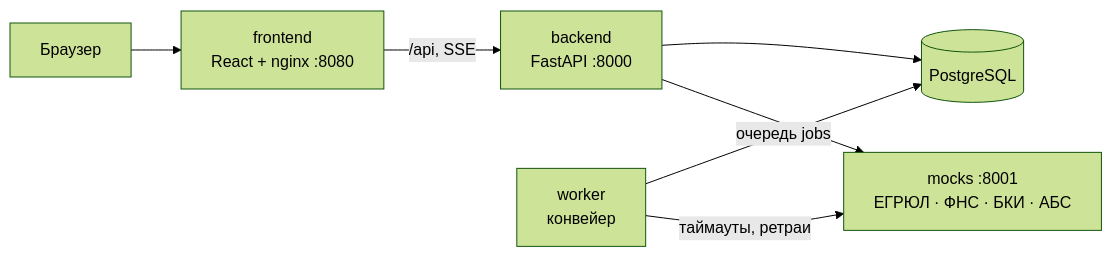
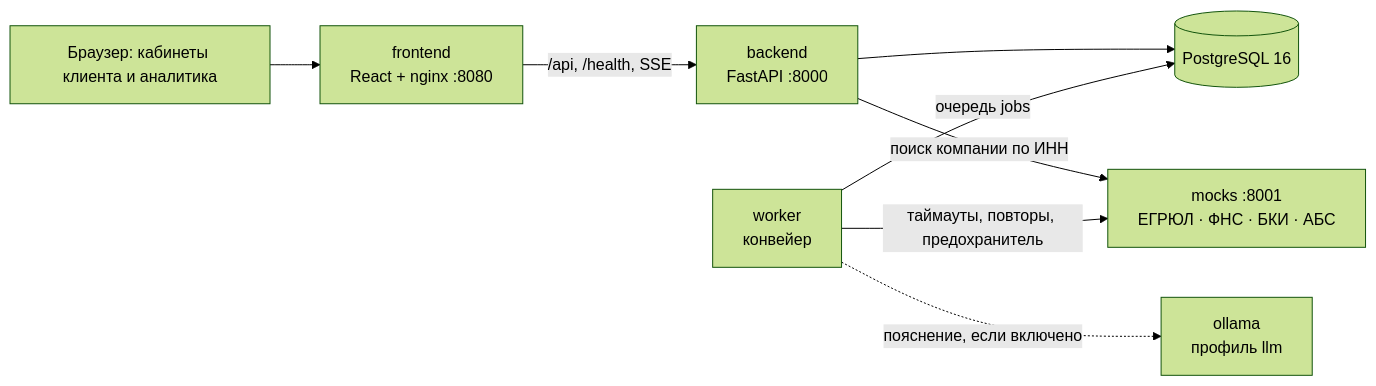
Before and after one commit to MrFerrumL/alpha-smart-credit-cabinet: the first of 3 diagrams in README.md, drawn with Mermaid (forest theme). The commit also changed other lines of this file and 1 other file, not shown here.

Commit message:
docs: full README with deploy, architecture and data

````diff
--- a/README.md
+++ b/README.md
@@ -127,9 +383,10 @@
 ```mermaid
 flowchart LR
-    U["Браузер"] --> FE["frontend<br/>React + nginx :8080"]
-    FE -- "/api, SSE" --> BE["backend<br/>FastAPI :8000"]
-    BE --> DB[("PostgreSQL")]
+    U["Браузер: кабинеты клиента и аналитика"] --> FE["frontend<br/>React + nginx :8080"]
+    FE -- "/api, /health, SSE" --> BE["backend<br/>FastAPI :8000"]
+    BE --> DB[("PostgreSQL 16")]
+    BE -- "поиск компании по ИНН" --> MK["mocks :8001<br/>ЕГРЮЛ · ФНС · БКИ · АБС"]
     WK["worker<br/>конвейер"] -- "очередь jobs" --> DB
-    WK -- "таймауты, ретраи" --> MK["mocks :8001<br/>ЕГРЮЛ · ФНС · БКИ · АБС"]
-    BE --> MK
+    WK -- "таймауты, повторы, предохранитель" --> MK
+    WK -. "пояснение, если включено" .-> OL["ollama<br/>профиль llm"]
 ```
````
